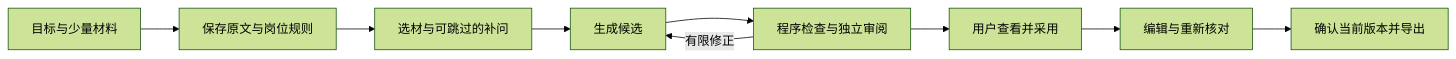
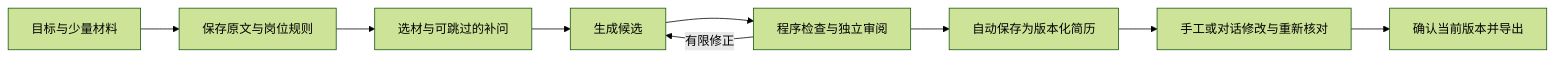
Before and after one commit to Dylanqxh/Match-Trajectory: the diagram in README.md, drawn with Mermaid (forest theme). The commit also changed other lines of this file and 61 other files, not shown here.

````diff
--- a/README.md
+++ b/README.md
@@ -52,11 +52,11 @@
 ```mermaid
 flowchart LR
   A[目标与少量材料] --> B[保存原文与岗位规则]
   B --> C[选材与可跳过的补问]
   C --> D[生成候选]
   D --> E[程序检查与独立审阅]
   E -->|有限修正| D
-  E --> F[用户查看并采用]
-  F --> G[编辑与重新核对]
+  E --> F[自动保存为版本化简历]
+  F --> G[手工或对话修改与重新核对]
   G --> H[确认当前版本并导出]
 ```
````
